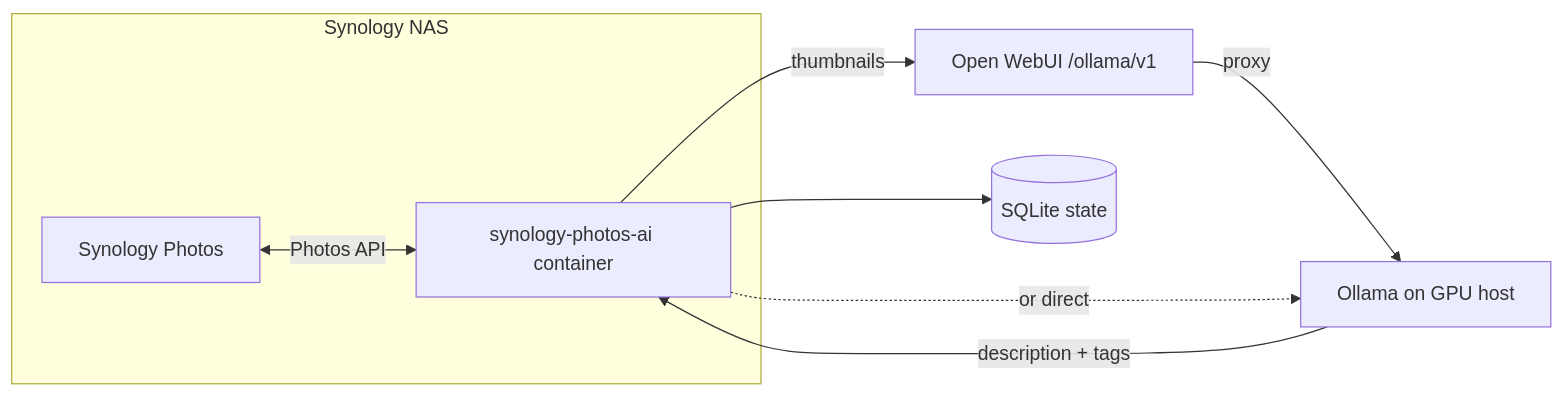
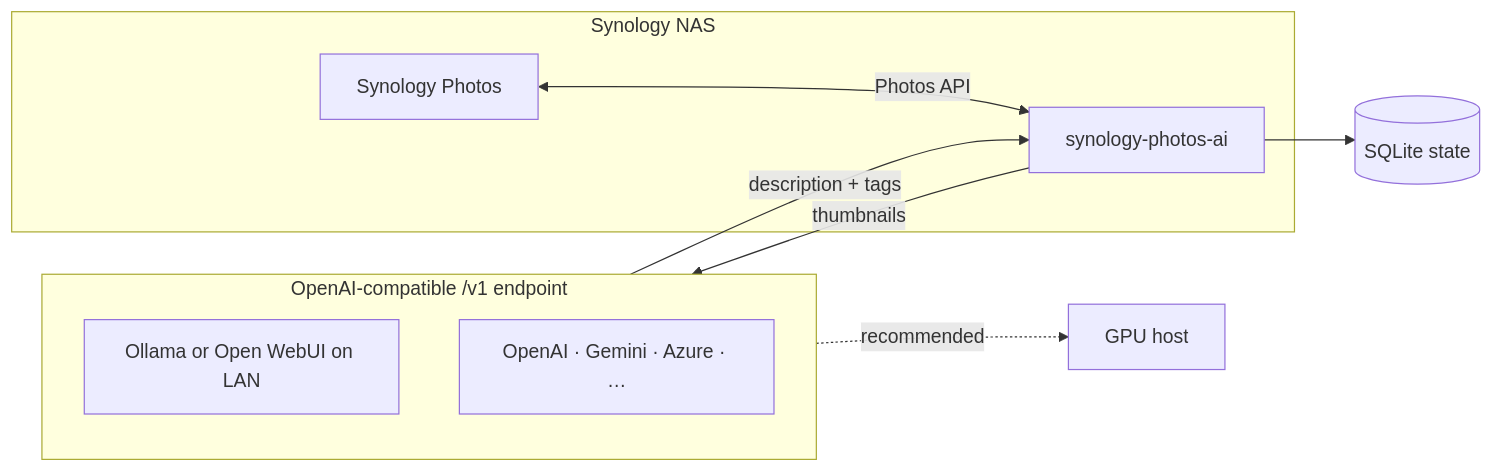
One commit to superherosteve1/synology-photos-ai changed the diagram in README.md. Above: the diagram before and after it, drawn with Mermaid. The commit also changed other lines of this file, not shown here.

Commit message:
updating mermaid architecture diagram

````diff
--- a/README.md
+++ b/README.md
@@ -17,13 +17,17 @@
 ```mermaid
 flowchart LR
   subgraph NAS[Synology NAS]
     Photos[Synology Photos]
-    App[synology-photos-ai container]
+    App[synology-photos-ai]
+  end
+  subgraph Vision[OpenAI-compatible /v1 endpoint]
+    direction TB
+    Local[Ollama or Open WebUI on LAN]
+    Cloud[OpenAI · Gemini · Azure · …]
   end
   Photos <-->|Photos API| App
-  App -->|thumbnails| OWUI[Open WebUI /ollama/v1]
-  OWUI -->|proxy| Ollama[Ollama on GPU host]
-  App -.->|or direct| Ollama
-  Ollama -->|description + tags| App
+  App -->|thumbnails| Vision
+  Local -.->|recommended| GPU[GPU host]
+  Vision -->|description + tags| App
   App --> State[(SQLite state)]
 ```
````
